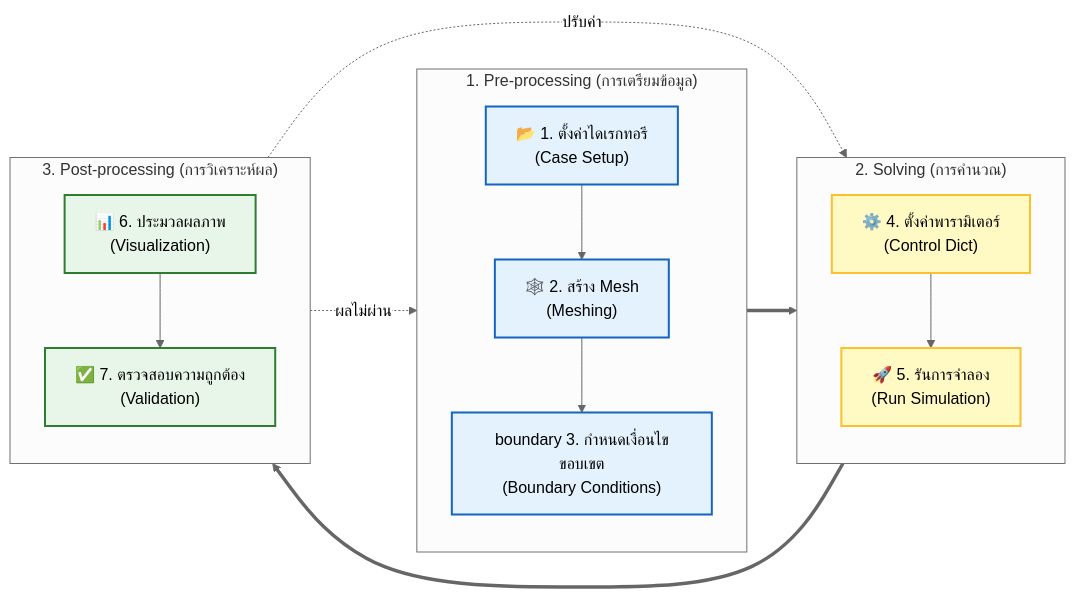
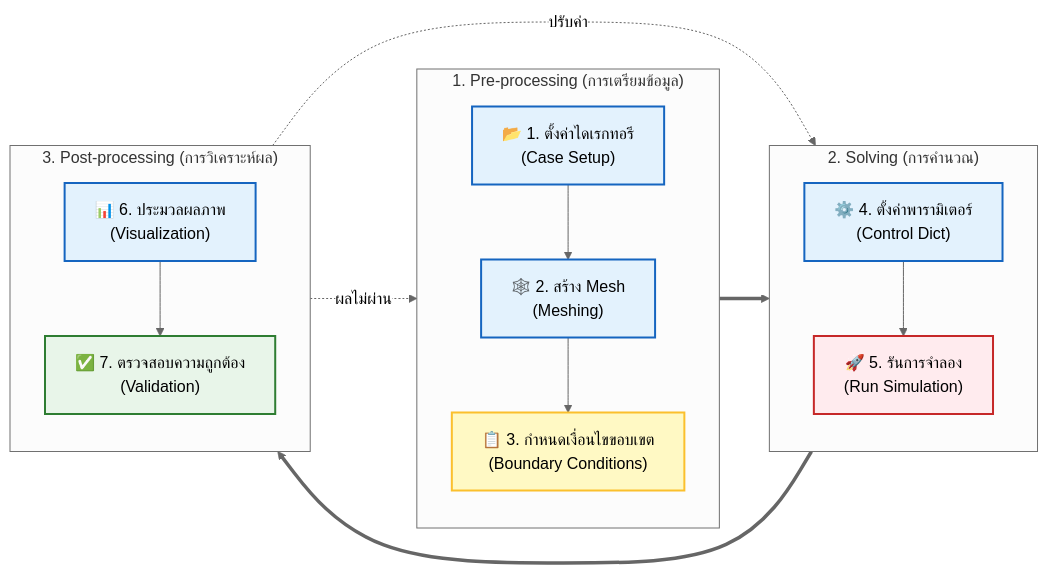
Before and after one commit to wramet/build-my-cfd: the fourth of 4 diagrams in MODULE_01_CFD_FUNDAMENTALS/CONTENT/04_FIRST_SIMULATION/01_Introduction.md, drawn with Mermaid (neutral theme). The commit also changed other lines of this file and 313 other files, not shown here.

Commit message:
Revise all diagram

````diff
--- a/MODULE_01_CFD_FUNDAMENTALS/CONTENT/04_FIRST_SIMULATION/01_Introduction.md
+++ b/MODULE_01_CFD_FUNDAMENTALS/CONTENT/04_FIRST_SIMULATION/01_Introduction.md
@@ -379,48 +384,34 @@
 ```mermaid
 graph LR
-    %% --- 1. PRE-PROCESSING ---
-    %% แก้ไข: ใส่ "..." ครอบชื่อ Title เพื่อกัน Error
-    subgraph Pre ["1. Pre-processing (การเตรียมข้อมูล)"]
+    subgraph Pre["1. Pre-processing (การเตรียมข้อมูล)"]
         direction TB
-        A["📂 1. ตั้งค่าไดเรกทอรี<br/>(Case Setup)"]
-        B["🕸️ 2. สร้าง Mesh<br/>(Meshing)"]
-        C["boundary 3. กำหนดเงื่อนไขขอบเขต<br/>(Boundary Conditions)"]
-        
+        A["📂 1. ตั้งค่าไดเรกทอรี<br/>(Case Setup)"]:::implicit
+        B["🕸️ 2. สร้าง Mesh<br/>(Meshing)"]:::implicit
+        C["📋 3. กำหนดเงื่อนไขขอบเขต<br/>(Boundary Conditions)"]:::explicit
         A --> B --> C
     end
-
-    %% --- 2. SOLVING ---
-    subgraph Solve ["2. Solving (การคำนวณ)"]
+    
+    subgraph Solve["2. Solving (การคำนวณ)"]
         direction TB
-        D["⚙️ 4. ตั้งค่าพารามิเตอร์<br/>(Control Dict)"]
-        E["🚀 5. รันการจำลอง<br/>(Run Simulation)"]
-
+        D["⚙️ 4. ตั้งค่าพารามิเตอร์<br/>(Control Dict)"]:::implicit
+        E["🚀 5. รันการจำลอง<br/>(Run Simulation)"]:::volatile
         D --> E
     end
-
-    %% --- 3. POST-PROCESSING ---
-    subgraph Post ["3. Post-processing (การวิเคราะห์ผล)"]
+    
+    subgraph Post["3. Post-processing (การวิเคราะห์ผล)"]
         direction TB
-        F["📊 6. ประมวลผลภาพ<br/>(Visualization)"]
-        G["✅ 7. ตรวจสอบความถูกต้อง<br/>(Validation)"]
-
+        F["📊 6. ประมวลผลภาพ<br/>(Visualization)"]:::implicit
+        G["✅ 7. ตรวจสอบความถูกต้อง<br/>(Validation)"]:::success
         F --> G
     end
-
-    %% เชื่อมโยงระหว่างกลุ่ม
+    
     C ==> D
     E ==> F
-
-    %% การวนลูป (Feedback Loop)
     G -.->|ผลไม่ผ่าน| B
     G -.->|ปรับค่า| D
 
-    %% Style
-    classDef pre fill:#e3f2fd,stroke:#1565c0,stroke-width:2px;
-    classDef solve fill:#fff9c4,stroke:#fbc02d,stroke-width:2px;
-    classDef post fill:#e8f5e9,stroke:#2e7d32,stroke-width:2px;
-
-    class A,B,C pre;
-    class D,E solve;
-    class F,G post;
+    classDef implicit fill:#e3f2fd,stroke:#1565c0,stroke-width:2px,color:#000;
+    classDef explicit fill:#fff9c4,stroke:#fbc02d,stroke-width:2px,color:#000;
+    classDef volatile fill:#ffebee,stroke:#c62828,stroke-width:2px,color:#000;
+    classDef success fill:#e8f5e9,stroke:#2e7d32,stroke-width:2px,color:#000;
 ```
````
